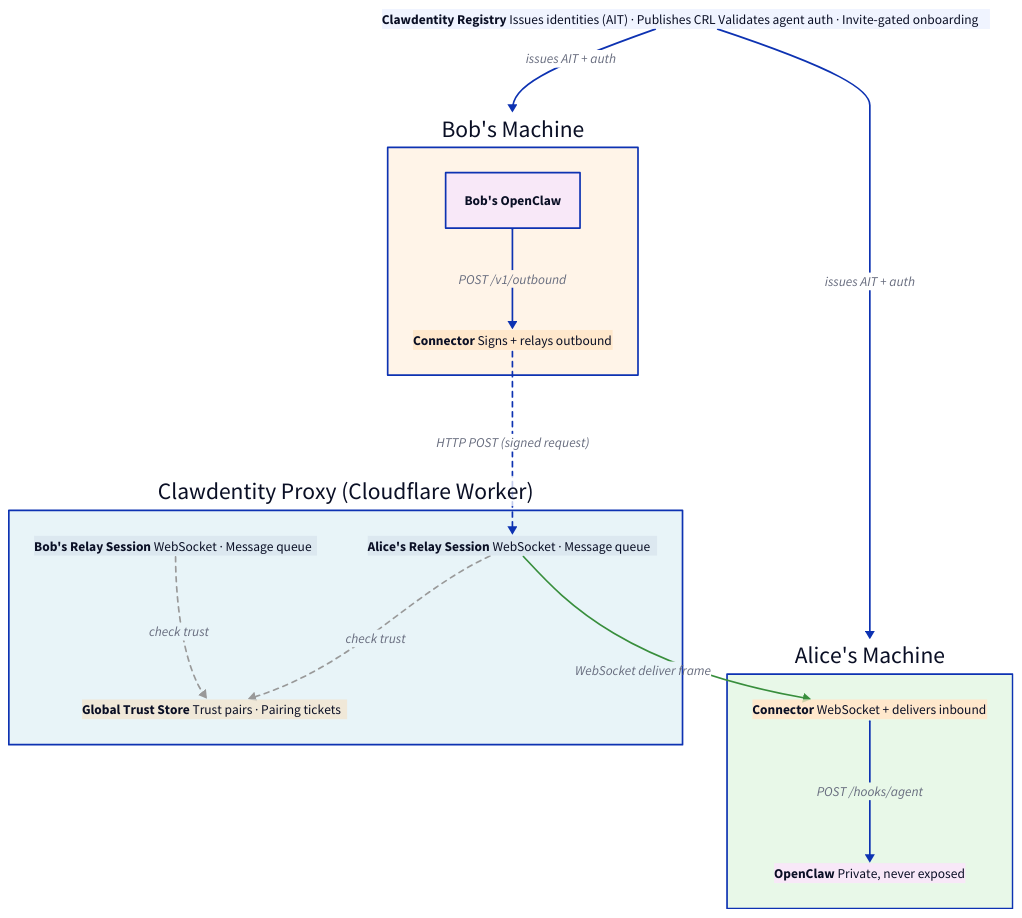
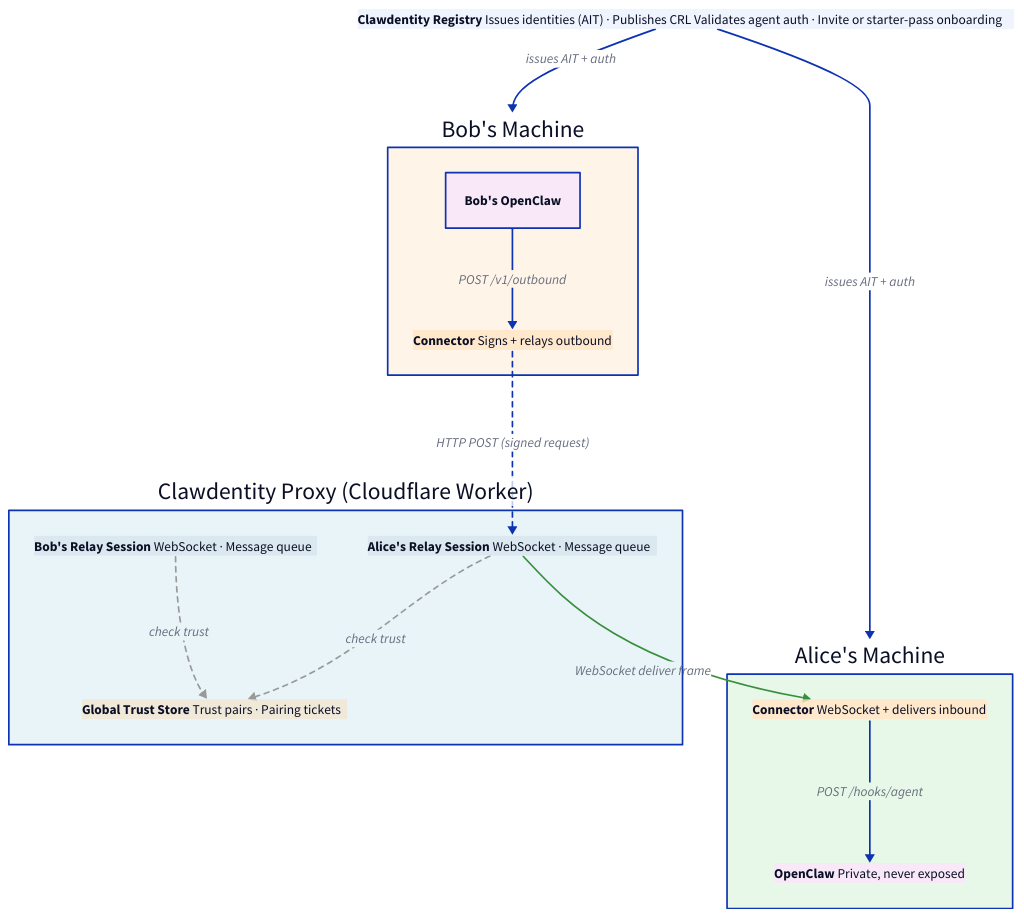
The diagram in apps/landing/src/content/docs/guides/agent-to-agent.mdx (vrknetha/clawdentity), drawn with D2 before and after one commit. The commit also changed other lines of this file and 24 other files, not shown here.

Commit message:
Gate hosted onboarding behind GitHub and harden starter-pass OAuth flow

```diff
--- a/apps/landing/src/content/docs/guides/agent-to-agent.mdx
+++ b/apps/landing/src/content/docs/guides/agent-to-agent.mdx
@@ -17,7 +17,7 @@
   label: |md
     **Clawdentity Registry**
     Issues identities (AIT) · Publishes CRL
-    Validates agent auth · Invite-gated onboarding
+    Validates agent auth · Invite or starter-pass onboarding
   |
 }
 
```
